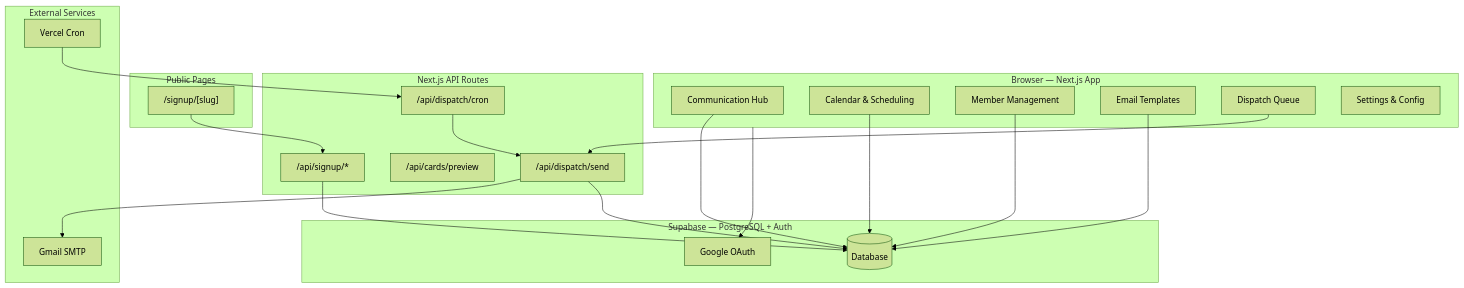
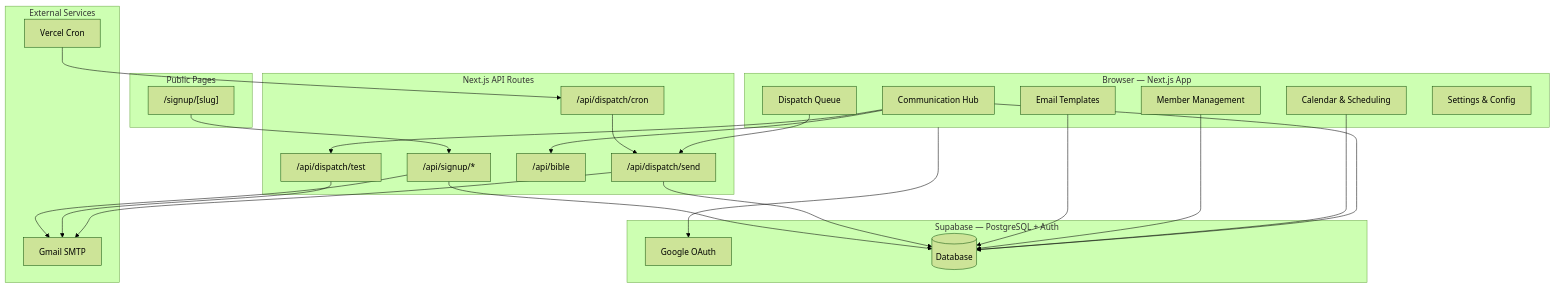
One commit to jpurusho/ccisr-connect changed the first of 5 diagrams in README.md. Above: the diagram before and after it, drawn with Mermaid (forest theme). The commit also changed other lines of this file and 1 other file, not shown here.

First line of the commit message:
Update README and ARCHITECTURE docs to v1.45.5

````diff
--- a/README.md
+++ b/README.md
@@ -79,45 +91,50 @@
 ```mermaid
 graph TB
     subgraph Client["Browser — Next.js App"]
         Dashboard[Communication Hub]
         Calendar[Calendar & Scheduling]
         Members[Member Management]
         Templates[Email Templates]
         Dispatch[Dispatch Queue]
         Settings[Settings & Config]
     end
 
     subgraph API["Next.js API Routes"]
         SendAPI["/api/dispatch/send"]
+        TestAPI["/api/dispatch/test"]
         CronAPI["/api/dispatch/cron"]
-        PreviewAPI["/api/cards/preview"]
+        BibleAPI["/api/bible"]
         SignupAPI["/api/signup/*"]
     end
 
     subgraph Public["Public Pages"]
         SignupPage["/signup/[slug]"]
     end
 
     subgraph Supabase["Supabase — PostgreSQL + Auth"]
         Auth[Google OAuth]
         DB[(Database)]
     end
 
     subgraph External["External Services"]
         SMTP[Gmail SMTP]
         Vercel[Vercel Cron]
     end
 
     Dashboard --> DB
+    Dashboard --> TestAPI
     Calendar --> DB
     Members --> DB
     Templates --> DB
     Dispatch --> SendAPI
     SendAPI --> SMTP
     SendAPI --> DB
+    TestAPI --> SMTP
     Vercel --> CronAPI
     CronAPI --> SendAPI
     SignupPage --> SignupAPI
     SignupAPI --> DB
+    SignupAPI --> SMTP
     Client --> Auth
+    Dashboard --> BibleAPI
 ```
````
